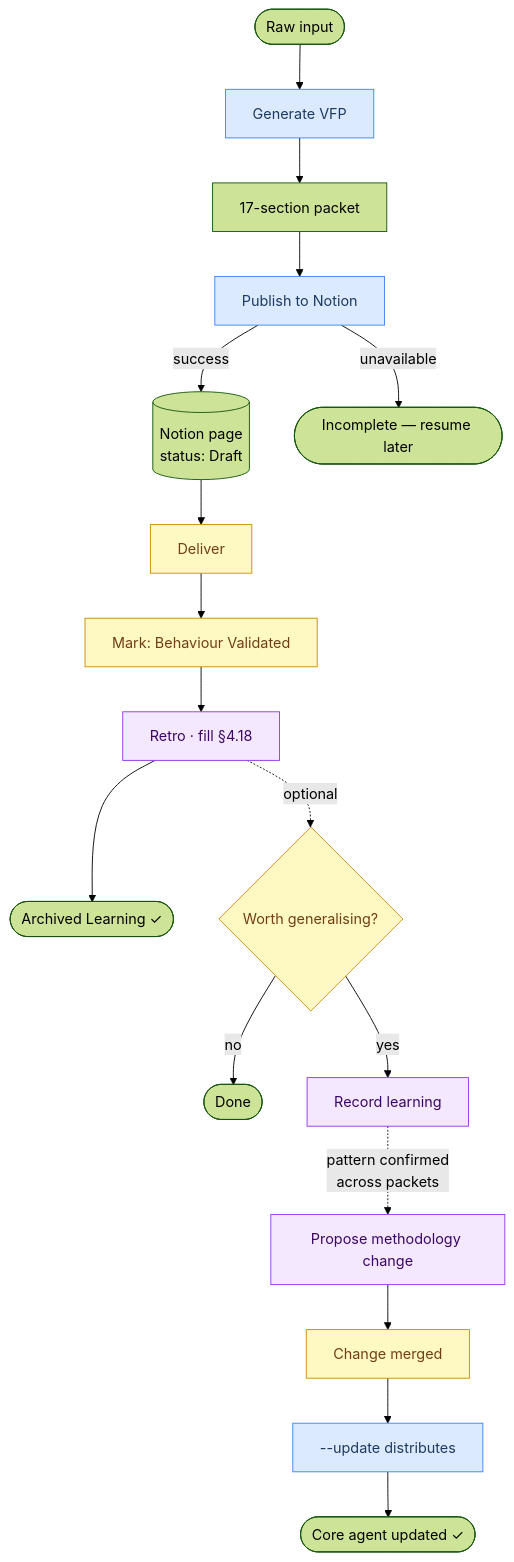
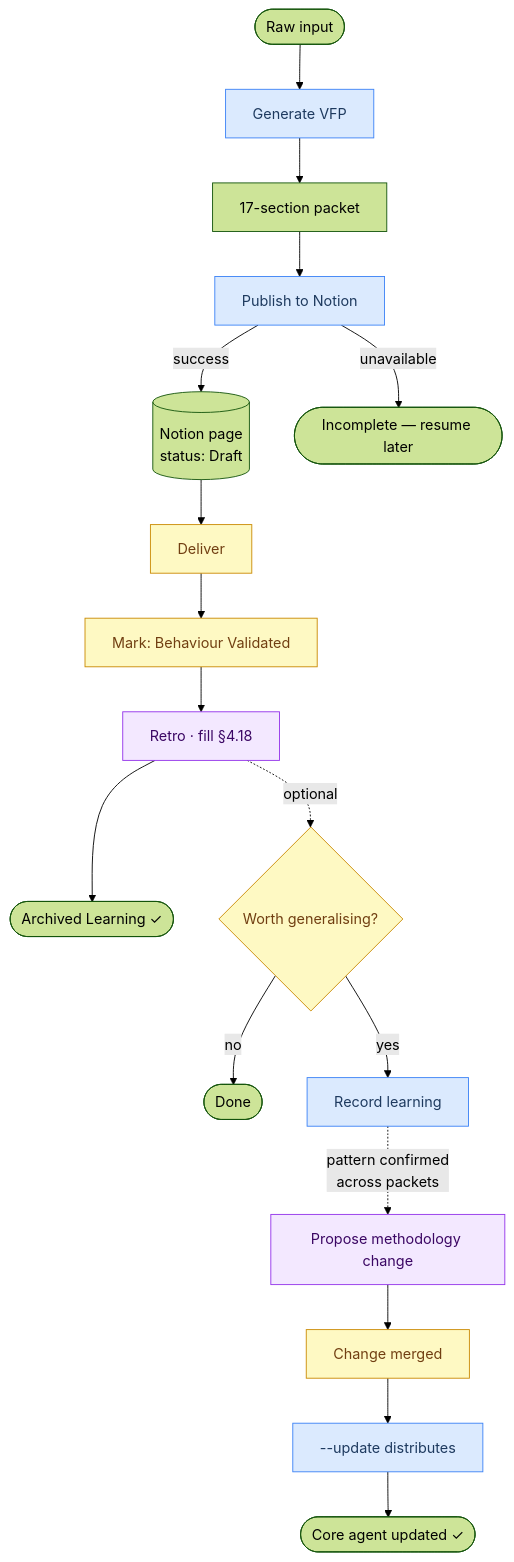
The diagram in README.md (jgleal/vfp-agent), drawn with Mermaid (forest theme) before and after one commit. The commit also changed 1 other file, not shown here.

Commit message:
fix: agent writes learning entries directly, no human intermediate step
README: Record learning node changed from collab (purple) to agent (blue)

agents/vfp.md Step 5: agent now writes to methodology/learnings.md directly
using file tools; checks for existing watching entry before adding; falls back
to providing formatted text only when file tools are unavailable

````diff
--- a/README.md
+++ b/README.md
@@ -11,24 +11,24 @@
 ```mermaid
 flowchart TD
     A([Raw input]) --> B[Generate VFP]:::agent
     B --> C[17-section packet]
     C --> D[Publish to Notion]:::agent
     D -- success --> E[(Notion page\nstatus: Draft)]
     D -- unavailable --> F([Incomplete — resume later])
     E --> G[Deliver]:::human
     G --> H[Mark: Behaviour Validated]:::human
     H --> I[Retro · fill §4.18]:::collab
     I --> J([Archived Learning ✓])
 
     I -.->|optional| K{Worth generalising?}:::human
     K -- no --> L([Done])
-    K -- yes --> M[Record learning]:::collab
+    K -- yes --> M[Record learning]:::agent
     M -.->|pattern confirmed\nacross packets| P[Propose methodology change]:::collab
     P --> Q[Change merged]:::human
     Q --> R[--update distributes]:::agent
     R --> S([Core agent updated ✓])
 
     classDef agent fill:#dbeafe,stroke:#3b82f6,color:#1e3a5f
     classDef human fill:#fef9c3,stroke:#ca8a04,color:#713f12
     classDef collab fill:#f3e8ff,stroke:#9333ea,color:#3b0764
 ```
````
